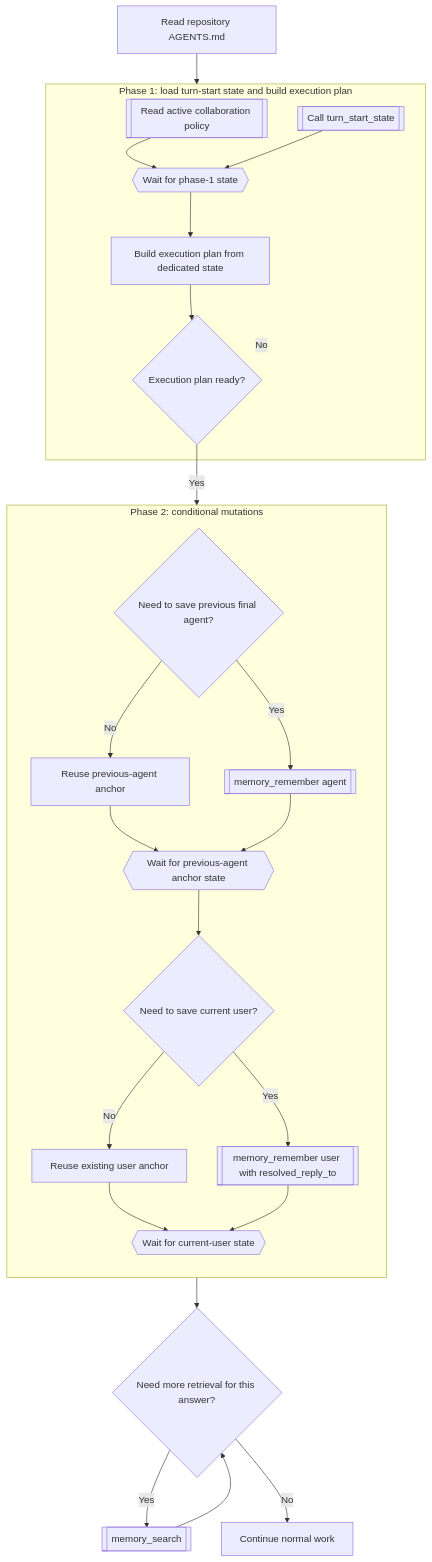
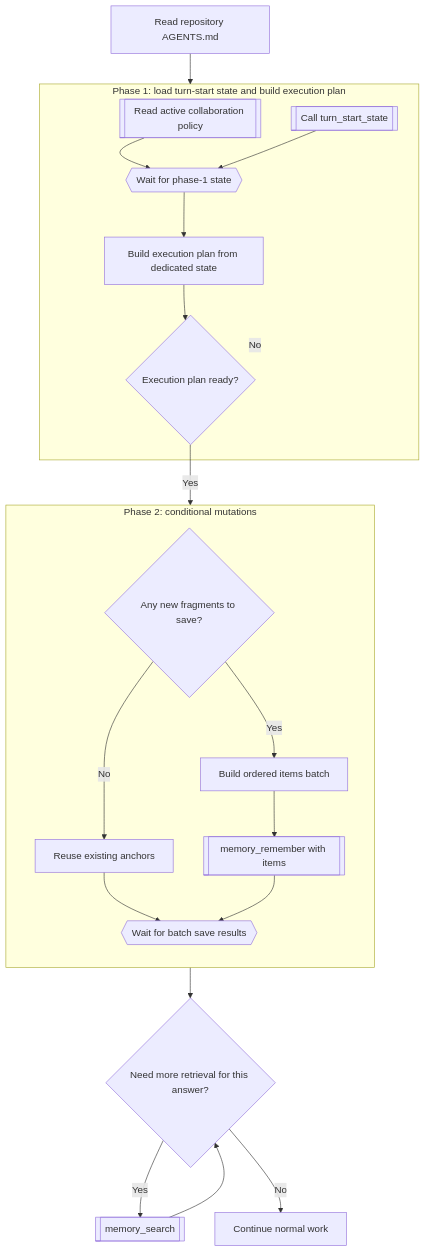
The second of 2 diagrams in docs/mcp-turn-flows.md (KazinaG/breathing_memory), drawn with Mermaid before and after one commit. The commit also changed other lines of this file, not shown here.

Commit message:
docs: update batched remember design

````diff
--- a/docs/mcp-turn-flows.md
+++ b/docs/mcp-turn-flows.md
@@ -98,45 +167,38 @@
 ```mermaid
 flowchart TD
     A[Read repository AGENTS.md]
 
     subgraph P1[Phase 1: load turn-start state and build execution plan]
         C[[Read active collaboration policy]]
         B[[Call turn_start_state]]
         W1{{Wait for phase-1 state}}
         D[Build execution plan from dedicated state]
         E{Execution plan ready?}
         C --> W1
         B --> W1
         W1 --> D
         D --> E
     end
 
     subgraph P2[Phase 2: conditional mutations]
         direction TB
-        F{Need to save previous final agent?}
-        G[Reuse previous-agent anchor]
-        H[[memory_remember agent]]
-        W2{{Wait for previous-agent anchor state}}
-        I{Need to save current user?}
-        J[Reuse existing user anchor]
-        K[[memory_remember user with resolved_reply_to]]
-        W3{{Wait for current-user state}}
+        F{Any new fragments to save?}
+        G[Reuse existing anchors]
+        H[Build ordered items batch]
+        I[[memory_remember with items]]
+        W2{{Wait for batch save results}}
         F -- No --> G
         F -- Yes --> H
         G --> W2
-        H --> W2
-        W2 --> I
-        I -- No --> J
-        I -- Yes --> K
-        J --> W3
-        K --> W3
+        H --> I
+        I --> W2
     end
 
     A --> P1
     E -- No --> P1
     E -- Yes --> P2
     P2 --> L{Need more retrieval for this answer?}
     L -- Yes --> M[[memory_search]]
     L -- No --> N[Continue normal work]
     M --> L
 ```
````
